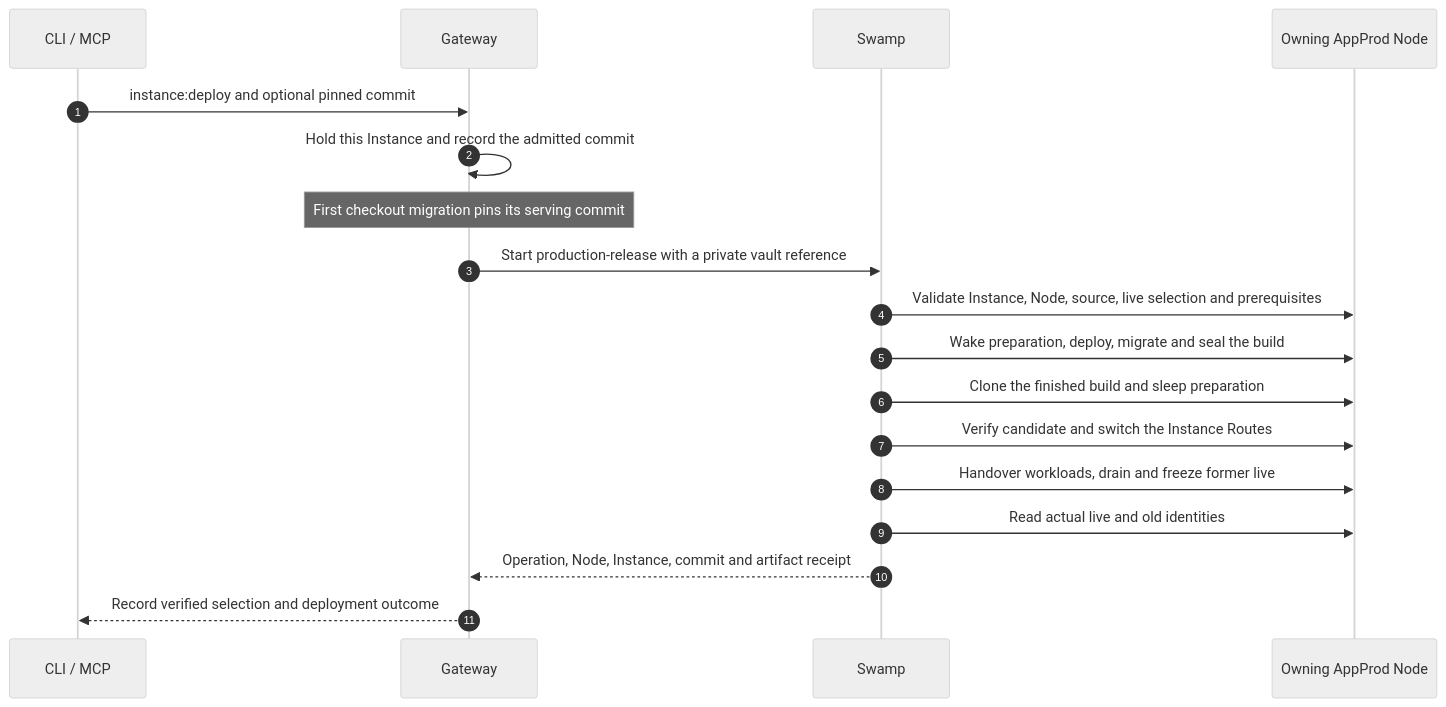
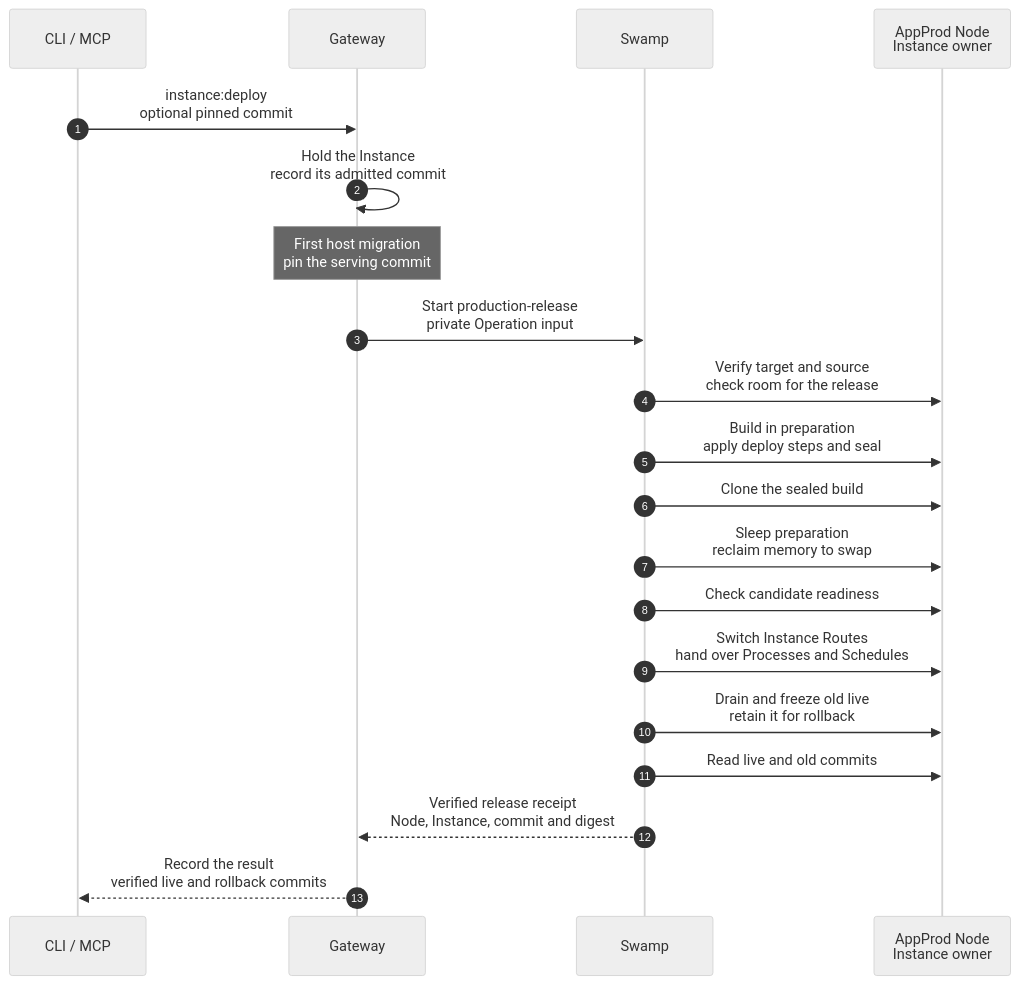
Before and after one commit to hardimpactdev/orbit: the diagram in docs/cli/instance/container/deploy-production.mmd, drawn with Mermaid (neutral theme). The commit also changed 9 other files, not shown here.

Commit message:
Align production charts with shared, retained and legacy workflows

```diff
--- a/docs/cli/instance/container/deploy-production.mmd
+++ b/docs/cli/instance/container/deploy-production.mmd
@@ -1,21 +1,23 @@
 sequenceDiagram
   %% command: instance:deploy
   %% kind: instance.deploy
   %% status: migrated
   autonumber
   participant CLI as CLI / MCP
   participant GW as Gateway
   participant SW as Swamp
-  participant N as Owning AppProd Node
-  CLI->>GW: instance:deploy and optional pinned commit
-  GW->>GW: Hold this Instance and record the admitted commit
-  Note over GW: First checkout migration pins its serving commit
-  GW->>SW: Start production-release with a private vault reference
-  SW->>N: Validate Instance, Node, source, live selection and prerequisites
-  SW->>N: Wake preparation, deploy, migrate and seal the build
-  SW->>N: Clone the finished build and sleep preparation
-  SW->>N: Verify candidate and switch the Instance Routes
-  SW->>N: Handover workloads, drain and freeze former live
-  SW->>N: Read actual live and old identities
-  SW-->>GW: Operation, Node, Instance, commit and artifact receipt
-  GW-->>CLI: Record verified selection and deployment outcome
+  participant N as AppProd Node<br/>Instance owner
+  CLI->>GW: instance:deploy<br/>optional pinned commit
+  GW->>GW: Hold the Instance<br/>record its admitted commit
+  Note over GW: First host migration<br/>pin the serving commit
+  GW->>SW: Start production-release<br/>private Operation input
+  SW->>N: Verify target and source<br/>check room for the release
+  SW->>N: Build in preparation<br/>apply deploy steps and seal
+  SW->>N: Clone the sealed build
+  SW->>N: Sleep preparation<br/>reclaim memory to swap
+  SW->>N: Check candidate readiness
+  SW->>N: Switch Instance Routes<br/>hand over Processes and Schedules
+  SW->>N: Drain and freeze old live<br/>retain it for rollback
+  SW->>N: Read live and old commits
+  SW-->>GW: Verified release receipt<br/>Node, Instance, commit and digest
+  GW-->>CLI: Record the result<br/>verified live and rollback commits
```
